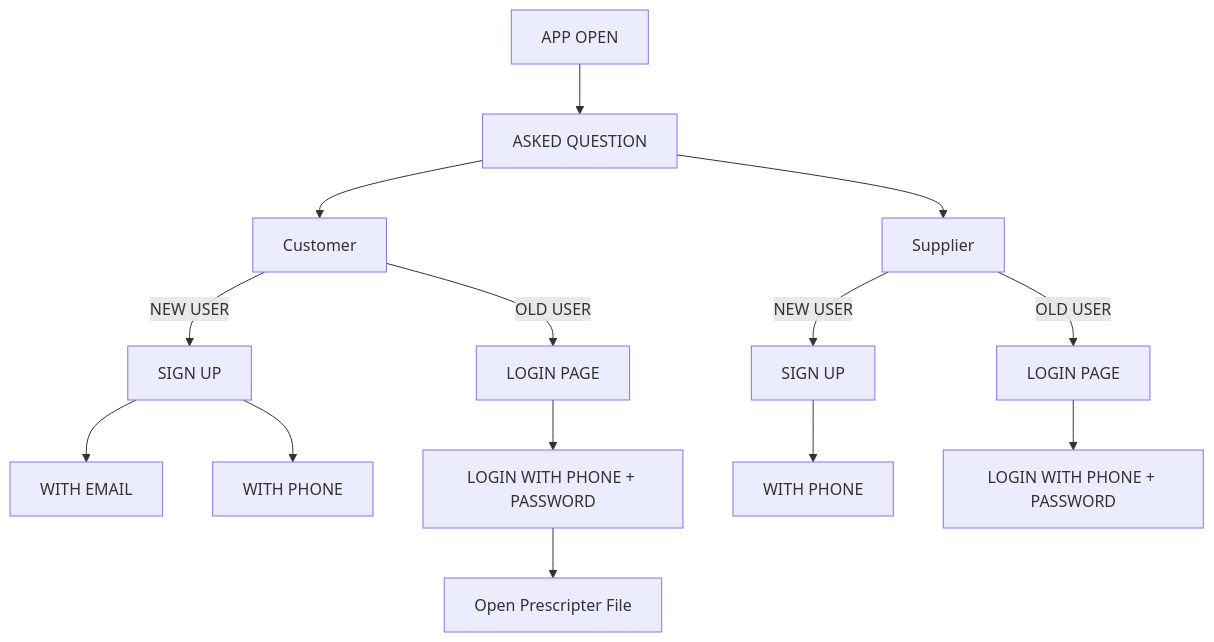
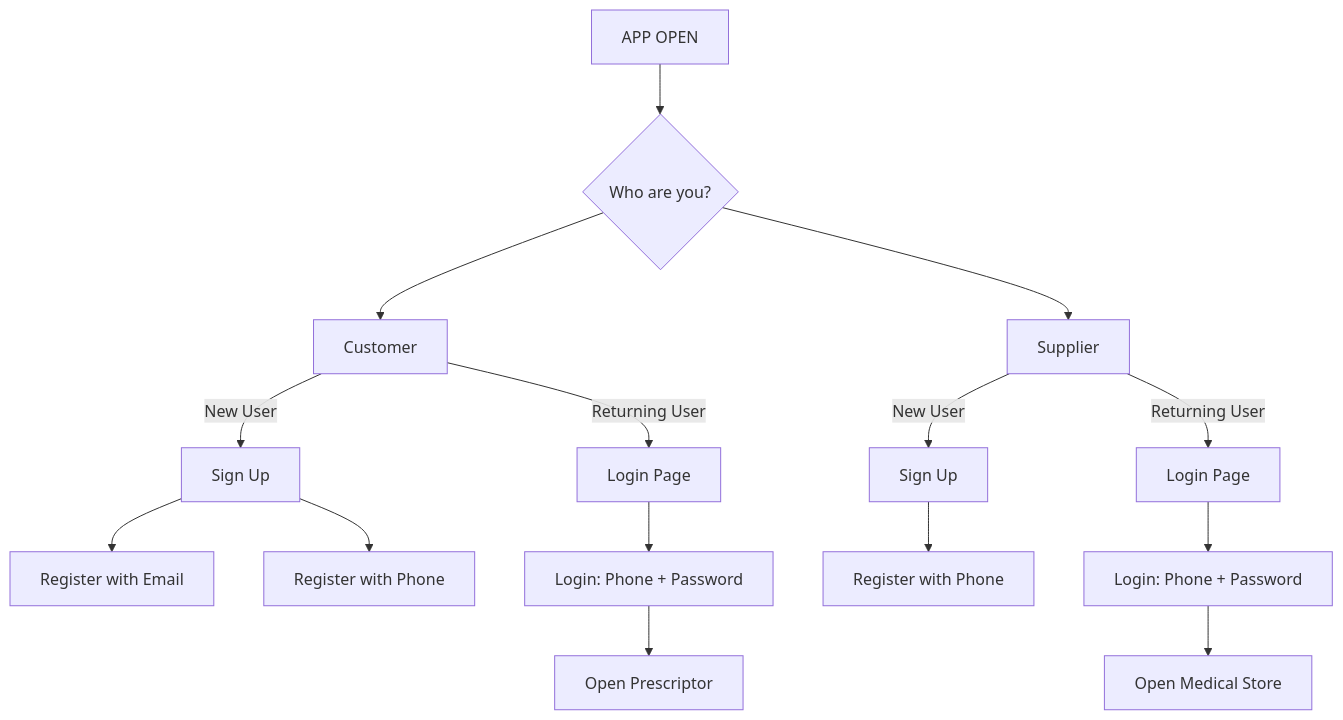
One commit to saminoor4t7/site changed the diagram in LOGIN.MD. Above: the diagram before and after it, drawn with Mermaid. The commit also changed other lines of this file and 5 other files, not shown here.

````diff
--- a/LOGIN.MD
+++ b/LOGIN.MD
@@ -1,24 +7,24 @@
 ```mermaid
 flowchart TD
-Z[APP OPEN] --> A[ASKED QUESTION]
+    Z[APP OPEN] --> A{Who are you?}
 
-A --> B[Customer]
-A --> F[Supplier]
+    A --> B[Customer]
+    A --> F[Supplier]
 
-B -->|NEW USER| C[SIGN UP]
-B -->|OLD USER| D[LOGIN PAGE]
+    B -->|New User| C[Sign Up]
+    B -->|Returning User| D[Login Page]
 
-F -->|NEW USER| G[SIGN UP]
-F -->|OLD USER| H[LOGIN PAGE]
+    F -->|New User| G[Sign Up]
+    F -->|Returning User| H[Login Page]
 
-C --> I[WITH EMAIL]
-C --> J[WITH PHONE]
+    C --> I[Register with Email]
+    C --> J[Register with Phone]
 
-D --> K[LOGIN WITH PHONE + PASSWORD]
+    G --> L[Register with Phone]
 
-G --> L[WITH PHONE]
+    D --> K[Login: Phone + Password]
+    H --> M[Login: Phone + Password]
 
-H --> M[LOGIN WITH PHONE + PASSWORD]
-
-K --> N[Open Prescripter File]
+    K --> N[Open Prescriptor]
+    M --> O[Open Medical Store]
 ```
````
